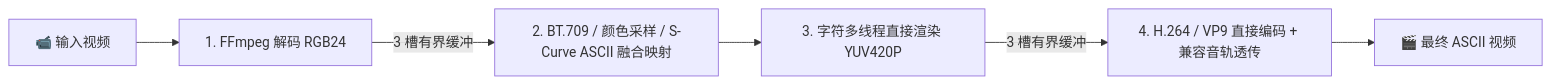
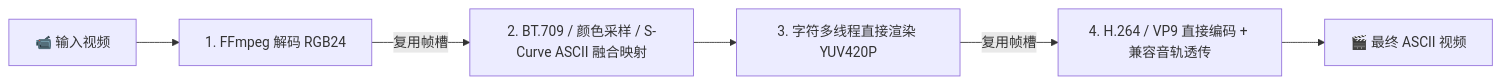
Before and after one commit to Mousika2049/ASCII-Video: the diagram in README.md, drawn with Mermaid. The commit also changed other lines of this file and 50 other files, not shown here.

````diff
--- a/README.md
+++ b/README.md
@@ -38,8 +38,8 @@
 ```mermaid
 flowchart LR
     A[📹 输入视频] --> B[1. FFmpeg 解码 RGB24]
-    B -->|3 槽有界缓冲| C[2. BT.709 / 颜色采样 / S-Curve ASCII 融合映射]
+    B -->|复用帧槽| C[2. BT.709 / 颜色采样 / S-Curve ASCII 融合映射]
     C --> D[3. 字符多线程直接渲染 YUV420P]
-    D -->|3 槽有界缓冲| E[4. H.264 / VP9 直接编码 + 兼容音轨透传]
+    D -->|复用帧槽| E[4. H.264 / VP9 直接编码 + 兼容音轨透传]
     E --> F[🎬 最终 ASCII 视频]
 ```
````
